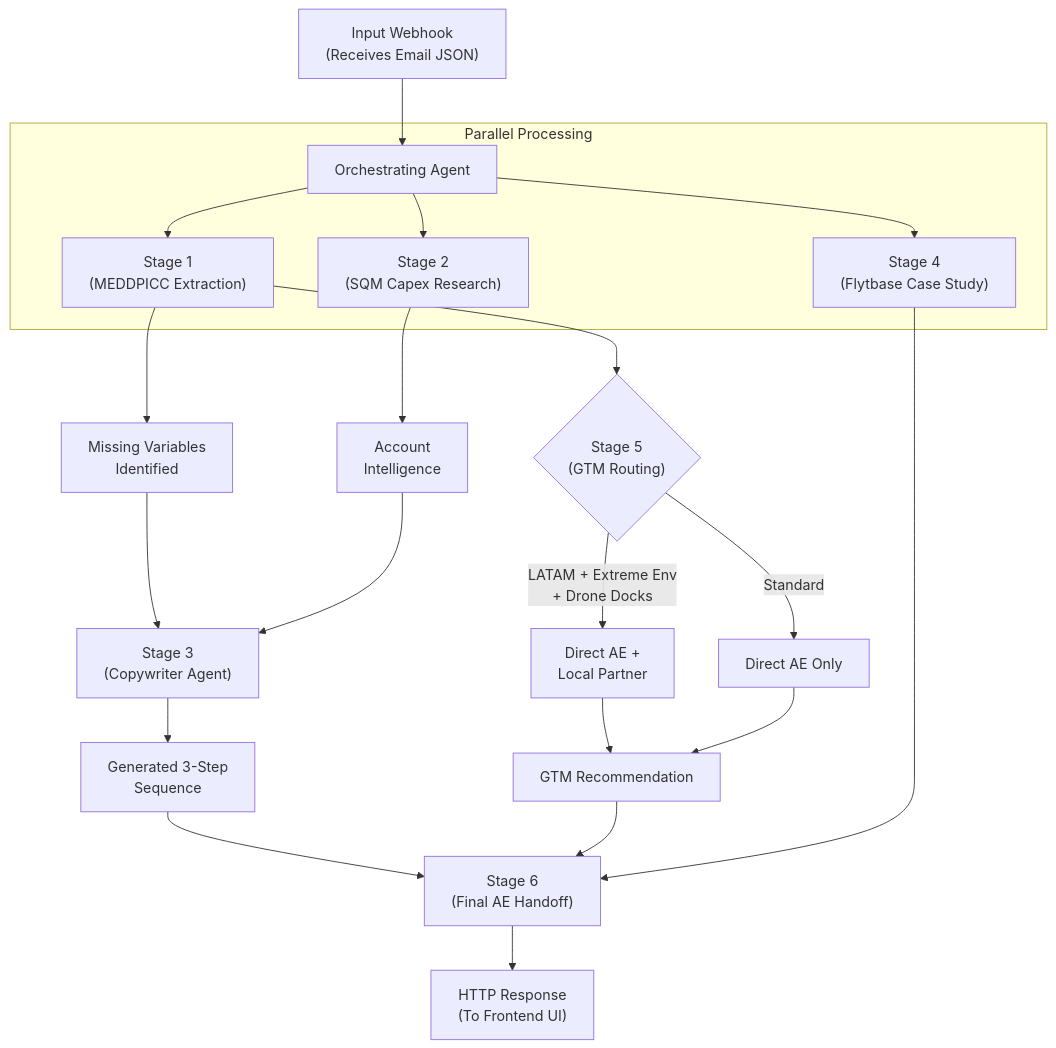
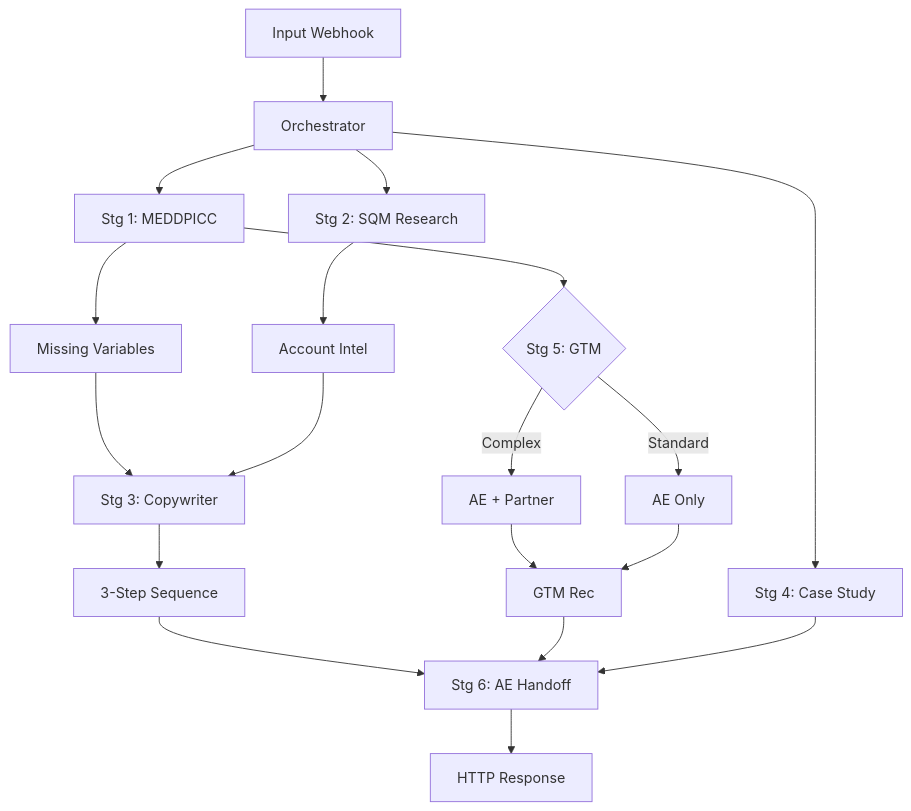
The diagram in submission.md (kanav232/FlytBase-Autopilot-BDR), drawn with Mermaid before and after one commit. The commit also changed other lines of this file, not shown here.

Commit message:
Beautify submission.md: Bold headers and compact flowchart

````diff
--- a/submission.md
+++ b/submission.md
@@ -11,31 +11,28 @@
 ```mermaid
 flowchart TD
-  A["Input Webhook<br>(Receives Email JSON)"] --> B["Orchestrating Agent"]
+  A[Input Webhook] --> B[Orchestrator]
   
-  subgraph Parallel Processing
-    B --> C["Stage 1<br>(MEDDPICC Extraction)"]
-    B --> D["Stage 2<br>(SQM Capex Research)"]
-    B --> E["Stage 4<br>(Flytbase Case Study)"]
-  end
+  B --> C[Stg 1: MEDDPICC]
+  B --> D[Stg 2: SQM Research]
+  B --> E[Stg 4: Case Study]
 
-  C --> F["Missing Variables<br>Identified"]
-  D --> G["Account<br>Intelligence"]
+  C --> F[Missing Variables]
+  D --> G[Account Intel]
   
-  F --> H["Stage 3<br>(Copywriter Agent)"]
+  F --> H[Stg 3: Copywriter]
   G --> H
   
-  C --> I{"Stage 5<br>(GTM Routing)"}
+  C --> I{Stg 5: GTM}
+  I -- Complex --> J[AE + Partner]
+  I -- Standard --> K[AE Only]
   
-  I -- "LATAM + Extreme Env<br>+ Drone Docks" --> J["Direct AE +<br>Local Partner"]
-  I -- "Standard" --> K["Direct AE Only"]
-  
-  H --> L["Generated 3-Step<br>Sequence"]
-  J --> M["GTM Recommendation"]
+  H --> L[3-Step Sequence]
+  J --> M[GTM Rec]
   K --> M
   
-  L --> N["Stage 6<br>(Final AE Handoff)"]
+  L --> N[Stg 6: AE Handoff]
   M --> N
   E --> N
   
-  N --> O["HTTP Response<br>(To Frontend UI)"]
+  N --> O[HTTP Response]
 ```
````
